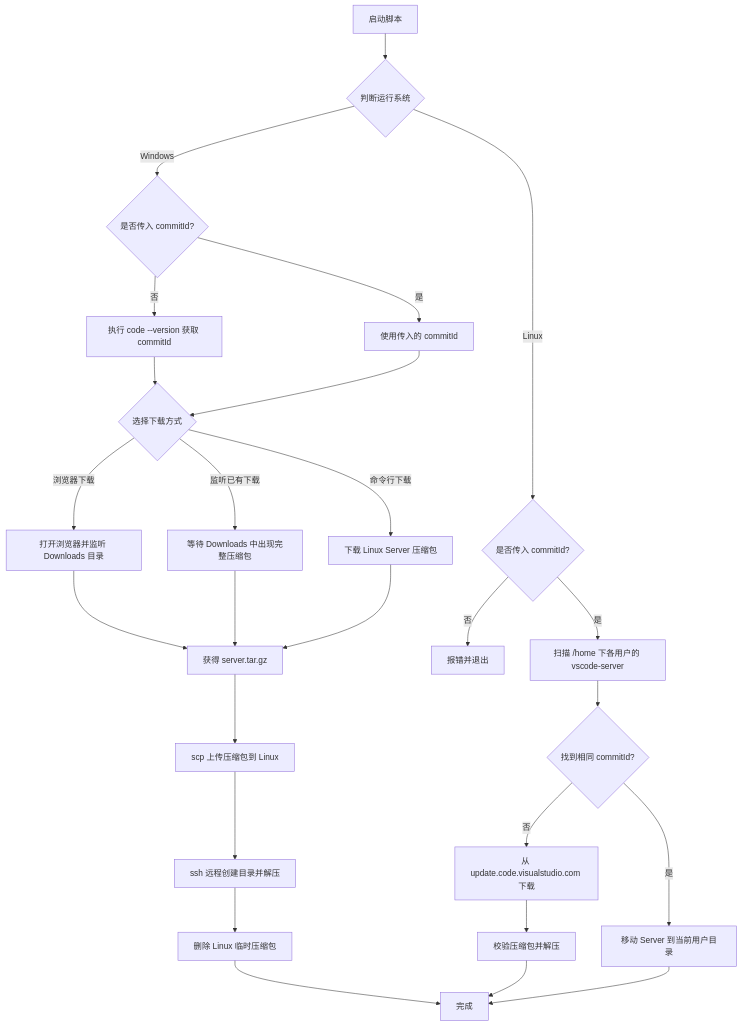
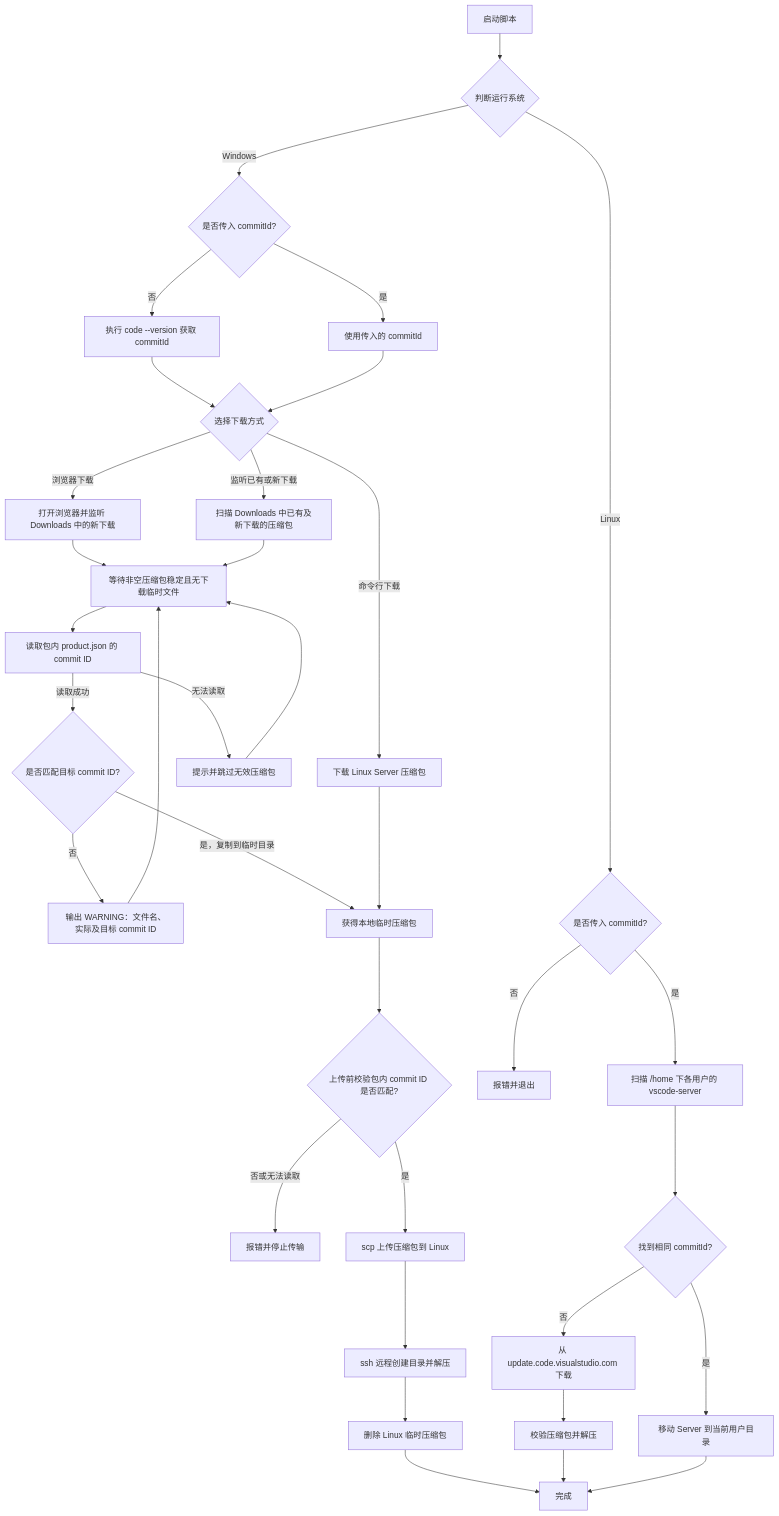
One commit to BernardYan2357/VSCode-Remote-SSH-Solution changed the diagram in README.md. Above: the diagram before and after it, drawn with Mermaid. The commit also changed 3 other files, not shown here.

First line of the commit message:
Fix existing server download detection and validate commit IDs

````diff
--- a/README.md
+++ b/README.md
@@ -9,30 +9,39 @@
 ```mermaid
 flowchart TD
     A[启动脚本] --> B{判断运行系统}
 
     B -->|Windows| W1{是否传入 commitId?}
     W1 -->|否| W2[执行 code --version 获取 commitId]
     W1 -->|是| W3[使用传入的 commitId]
     W2 --> W4{选择下载方式}
     W3 --> W4
-    W4 -->|浏览器下载| W5[打开浏览器并监听 Downloads 目录]
-    W4 -->|监听已有下载| W6[等待 Downloads 中出现完整压缩包]
+    W4 -->|浏览器下载| W5[打开浏览器并监听 Downloads 中的新下载]
+    W4 -->|监听已有或新下载| W6[扫描 Downloads 中已有及新下载的压缩包]
     W4 -->|命令行下载| W7[下载 Linux Server 压缩包]
-    W5 --> W8[获得 server.tar.gz]
-    W6 --> W8
+    W5 --> M1[等待非空压缩包稳定且无下载临时文件]
+    W6 --> M1
+    M1 --> M2[读取包内 product.json 的 commit ID]
+    M2 -->|读取成功| M3{是否匹配目标 commit ID?}
+    M2 -->|无法读取| M4[提示并跳过无效压缩包]
+    M4 --> M1
+    M3 -->|否| M5[输出 WARNING：文件名、实际及目标 commit ID]
+    M5 --> M1
+    M3 -->|是，复制到临时目录| W8[获得本地临时压缩包]
     W7 --> W8
-    W8 --> W9[scp 上传压缩包到 Linux]
+    W8 --> C1{上传前校验包内 commit ID 是否匹配?}
+    C1 -->|否或无法读取| C2[报错并停止传输]
+    C1 -->|是| W9[scp 上传压缩包到 Linux]
     W9 --> W10[ssh 远程创建目录并解压]
     W10 --> W11[删除 Linux 临时压缩包]
     W11 --> Z[完成]
 
     B -->|Linux| L1{是否传入 commitId?}
     L1 -->|否| L2[报错并退出]
     L1 -->|是| L3[扫描 /home 下各用户的 vscode-server]
     L3 --> L4{找到相同 commitId?}
     L4 -->|是| L5[移动 Server 到当前用户目录]
     L4 -->|否| L6[从 update.code.visualstudio.com 下载]
     L6 --> L7[校验压缩包并解压]
     L7 --> Z
     L5 --> Z
 ```
````
